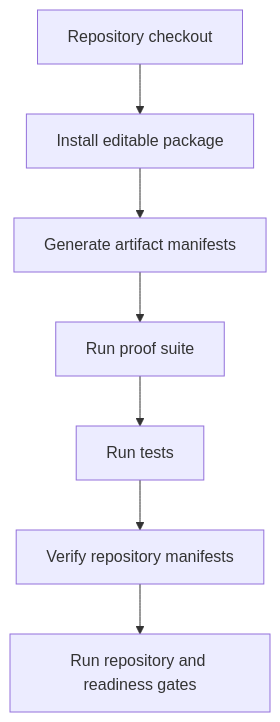
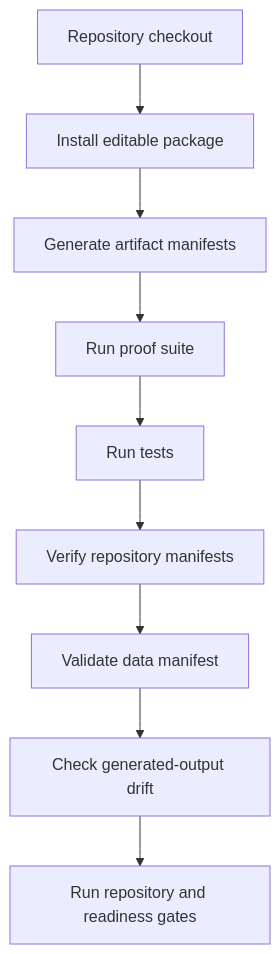
Before and after one commit to flynn33/ASH-Model: the diagram in wiki/Validation-and-Data-Audit.md, drawn with Mermaid. The commit also changed other lines of this file and 15 other files, not shown here.

````diff
--- a/wiki/Validation-and-Data-Audit.md
+++ b/wiki/Validation-and-Data-Audit.md
@@ -5,9 +5,11 @@
 ```mermaid
 flowchart TD
     A["Repository checkout"] --> B["Install editable package"]
     B --> C["Generate artifact manifests"]
     C --> D["Run proof suite"]
     D --> E["Run tests"]
     E --> F["Verify repository manifests"]
-    F --> G["Run repository and readiness gates"]
+    F --> G["Validate data manifest"]
+    G --> H["Check generated-output drift"]
+    H --> I["Run repository and readiness gates"]
 ```
````
